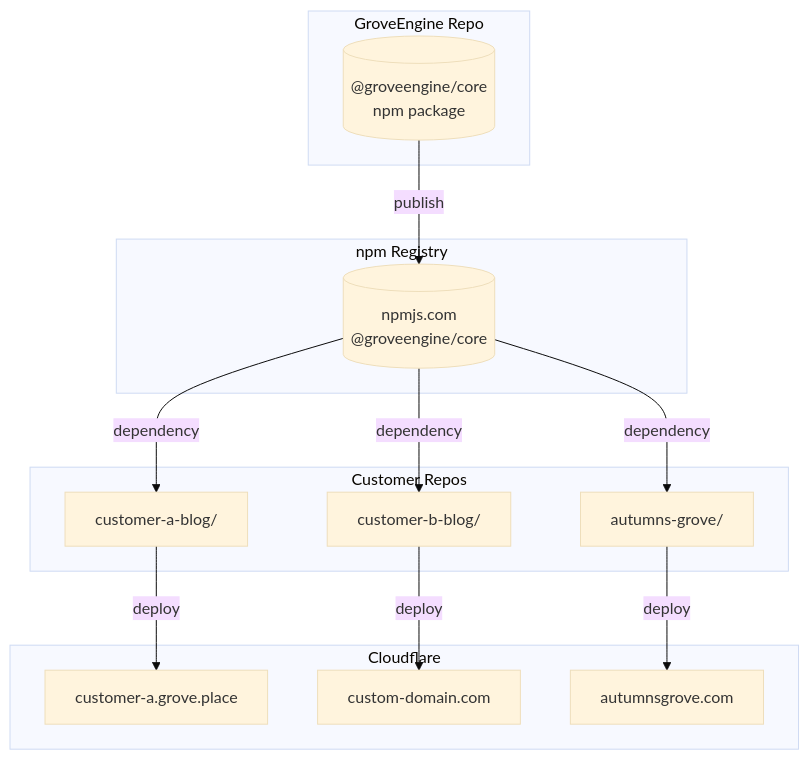
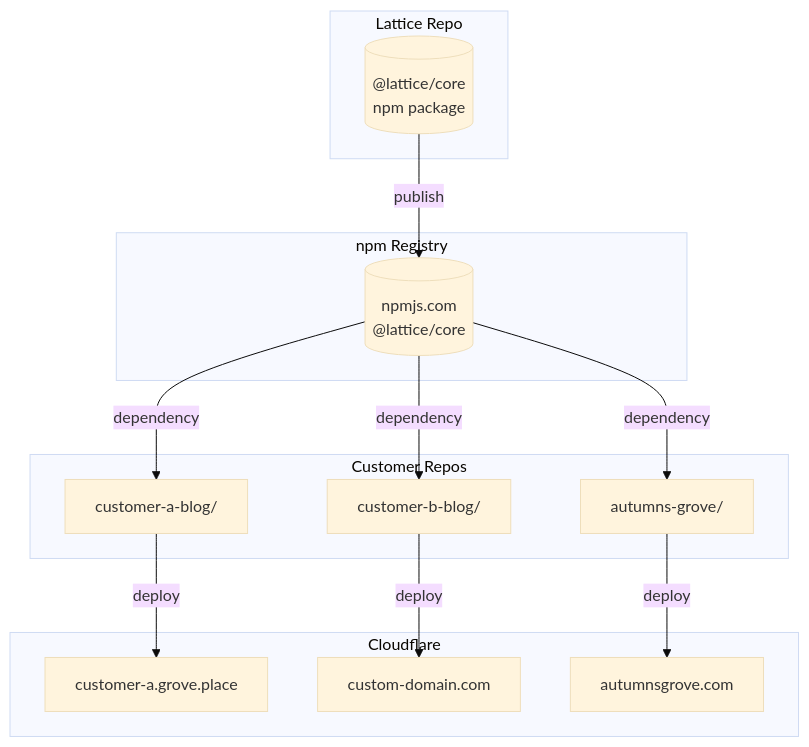
The first of 2 diagrams in docs/specs/lattice-spec.md (AutumnsGrove/Lattice), drawn with Mermaid (base theme) before and after one commit. The commit also changed other lines of this file and 620 other files, not shown here.

Commit message:
feat(engine): rename @autumnsgrove/groveengine to @autumnsgrove/lattice

````diff
--- a/docs/specs/lattice-spec.md
+++ b/docs/specs/lattice-spec.md
@@ -114,30 +117,30 @@
 ```mermaid
 graph TB
-    subgraph "GroveEngine Repo"
-        ENGINE[("@groveengine/core<br/>npm package")]
+    subgraph "Lattice Repo"
+        ENGINE[("@lattice/core<br/>npm package")]
     end
 
     subgraph "npm Registry"
-        NPM[("npmjs.com<br/>@groveengine/core")]
+        NPM[("npmjs.com<br/>@lattice/core")]
     end
 
     subgraph "Customer Repos"
         CUST1["customer-a-blog/"]
         CUST2["customer-b-blog/"]
         CUST3["autumns-grove/"]
     end
 
     subgraph "Cloudflare"
         CF1["customer-a.grove.place"]
         CF2["custom-domain.com"]
         CF3["autumnsgrove.com"]
     end
 
     ENGINE -->|publish| NPM
     NPM -->|dependency| CUST1
     NPM -->|dependency| CUST2
     NPM -->|dependency| CUST3
     CUST1 -->|deploy| CF1
     CUST2 -->|deploy| CF2
     CUST3 -->|deploy| CF3
 ```
````
